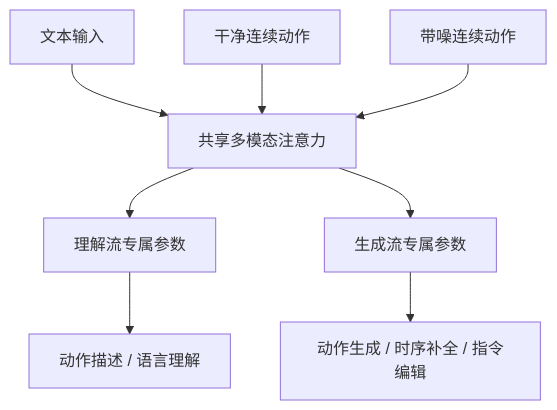
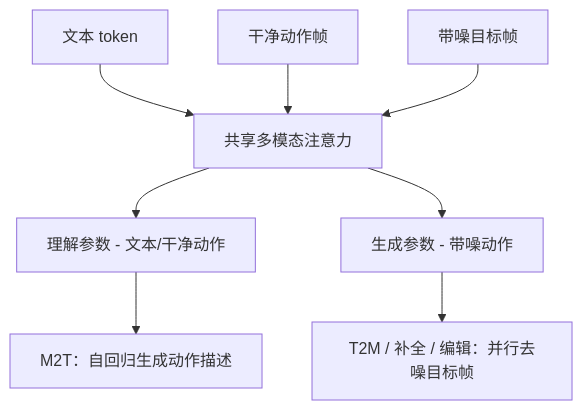
Before and after one commit to ImChong/Robotics_Notebooks: the diagram in wiki/entities/paper-mobius-motion-language.md, drawn with Mermaid. The commit also changed other lines of this file and 1 other file, not shown here.

````diff
--- a/wiki/entities/paper-mobius-motion-language.md
+++ b/wiki/entities/paper-mobius-motion-language.md
@@ -55,10 +56,10 @@
 ```mermaid
 flowchart TD
-    T[文本输入] --> A[共享多模态注意力]
-    C[干净连续动作] --> A
-    N[带噪连续动作] --> A
-    A --> U[理解流专属参数]
-    A --> G[生成流专属参数]
-    U --> CT[动作描述 / 语言理解]
-    G --> M[动作生成 / 时序补全 / 指令编辑]
+    T[文本 token] --> A[共享多模态注意力]
+    C[干净动作帧] --> A
+    N[带噪目标帧] --> A
+    A --> U[理解参数 - 文本/干净动作]
+    A --> G[生成参数 - 带噪动作]
+    U --> CT[M2T：自回归生成动作描述]
+    G --> M[T2M / 补全 / 编辑：并行去噪目标帧]
 ```
````
